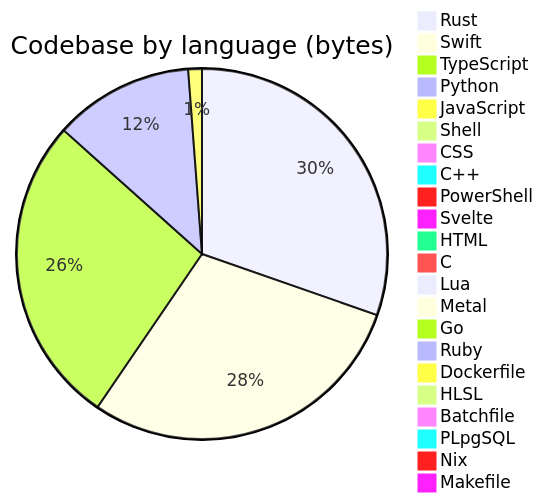
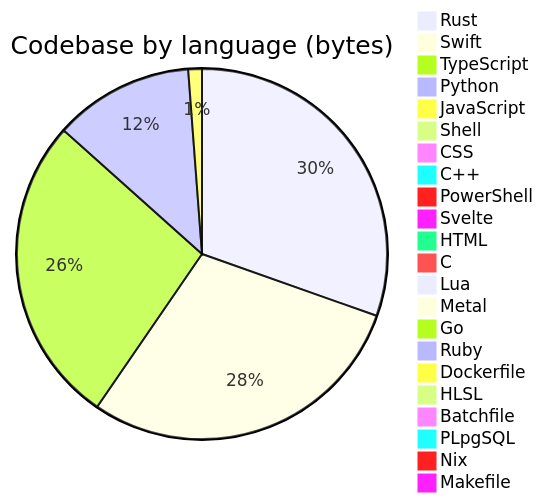
Before and after one commit to Open330/.github: the diagram in profile/README.md, drawn with Mermaid. The commit also changed other lines of this file and 1 other file, not shown here.

````diff
--- a/profile/README.md
+++ b/profile/README.md
@@ -140,25 +140,25 @@
 ```mermaid
 pie title Codebase by language (bytes)
-    "Rust" : 46279291
-    "Swift" : 44498120
+    "Rust" : 46457481
+    "Swift" : 44538965
     "TypeScript" : 41308544
-    "Python" : 18582241
-    "JavaScript" : 1822471
-    "Shell" : 1551004
+    "Python" : 18625027
+    "JavaScript" : 1823153
+    "Shell" : 1553091
     "CSS" : 602953
     "C++" : 388775
     "PowerShell" : 387720
     "Svelte" : 275766
     "HTML" : 209693
     "C" : 197825
     "Lua" : 48814
     "Metal" : 33192
     "Go" : 22811
     "Ruby" : 13263
     "Dockerfile" : 7804
     "HLSL" : 7527
     "Batchfile" : 5660
     "PLpgSQL" : 5283
     "Nix" : 3168
     "Makefile" : 2991
 ```
````
